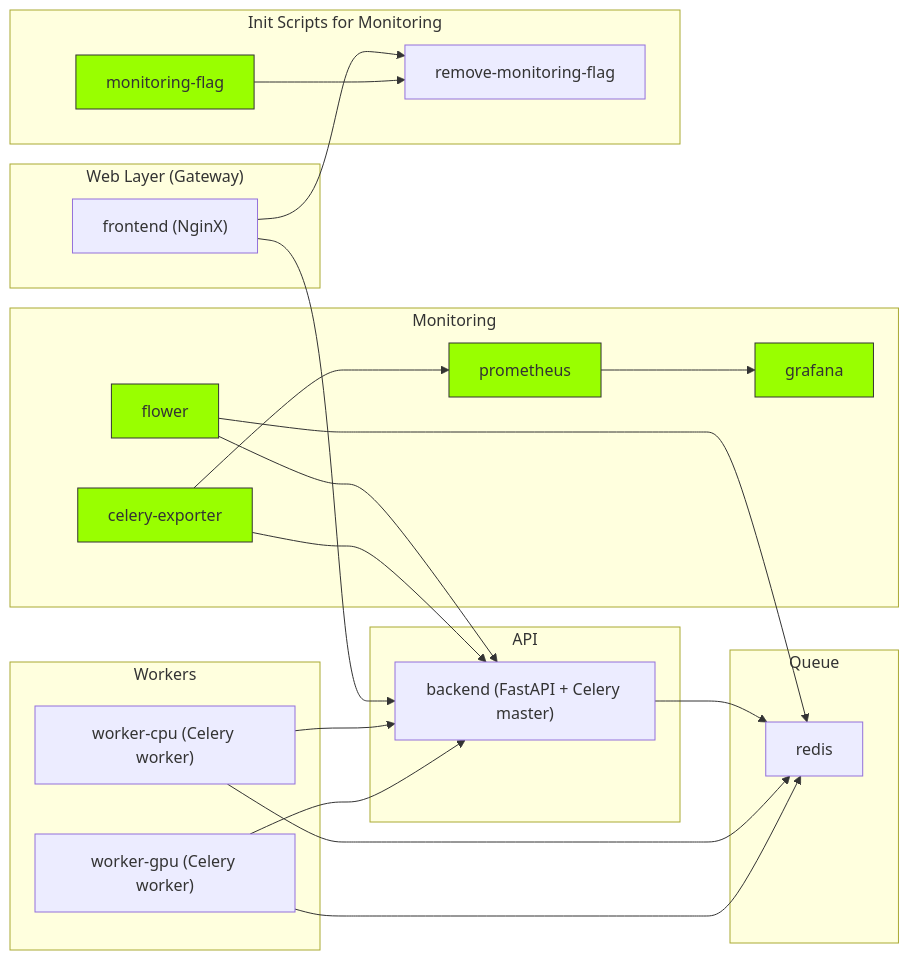
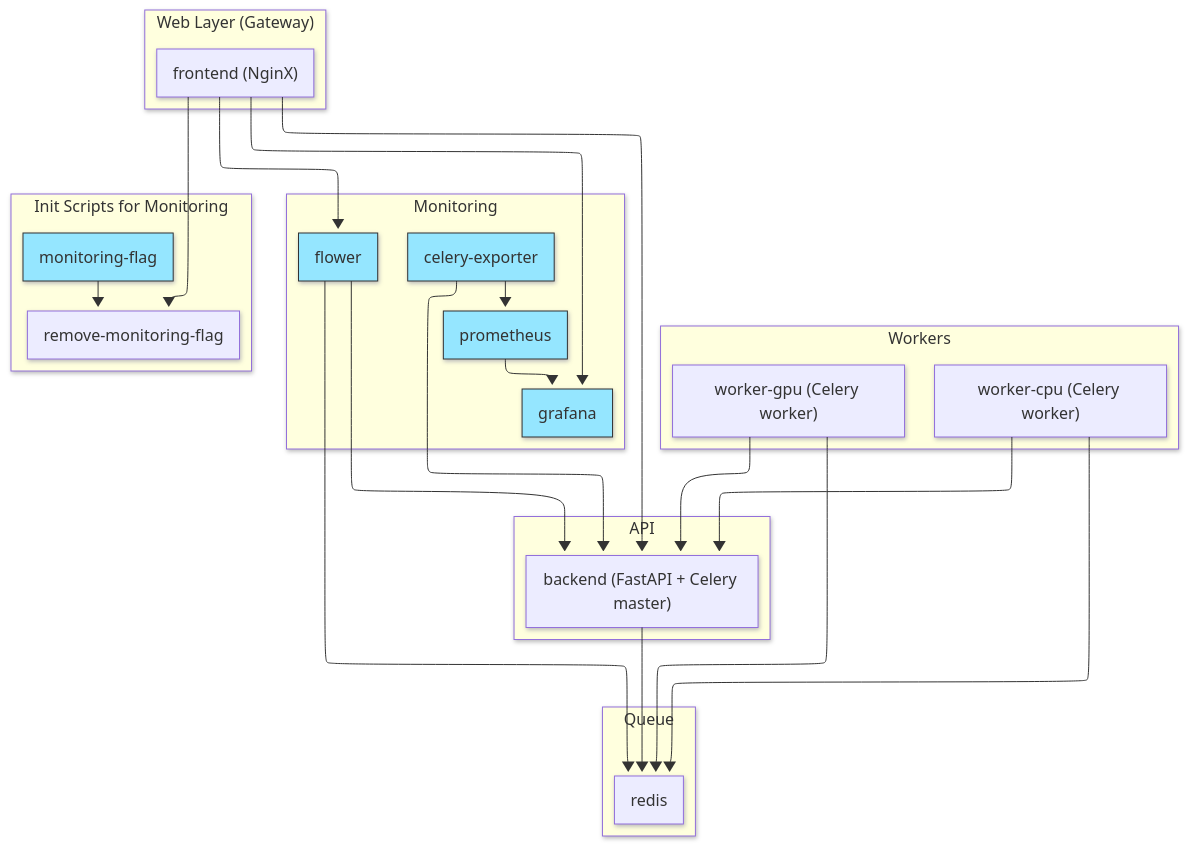
The diagram in code/architecture.mmd (luk27official/master-thesis), drawn with Mermaid before and after one commit. The commit also changed 4 other files, not shown here.

```diff
--- a/code/architecture.mmd
+++ b/code/architecture.mmd
@@ -1,48 +1,52 @@
-graph LR
-    subgraph "Web Layer (Gateway)"
+---
+config:
+    look: neo
+    layout: elk
+    theme: mc
+---
+flowchart TD
+    subgraph gateway["Web Layer (Gateway)"]
         FE["frontend (NginX)"]
     end
 
-    subgraph API
+    subgraph API["API"]
         BE["backend (FastAPI + Celery master)"]
     end
 
-    subgraph Workers
+    subgraph Workers["Workers"]
         CPU["worker-cpu (Celery worker)"]
         GPU["worker-gpu (Celery worker)"]
     end
 
-    subgraph Queue
-        REDIS[redis]
+    subgraph Queue["Queue"]
+        REDIS["redis"]
     end
 
-    subgraph Monitoring
-        FLOWER[flower]
-        CELX[celery-exporter]
-        PROM[prometheus]
-        GRAFANA[grafana]
+    subgraph Monitoring["Monitoring"]
+        FLOWER["flower"]
+        CELX["celery-exporter"]
+        PROM["prometheus"]
+        GRAFANA["grafana"]
     end
 
-    subgraph "Init Scripts for Monitoring"
-        RMF[remove-monitoring-flag]
-        MONF[monitoring-flag]
+    subgraph initscripts["Init Scripts for Monitoring"]
+        RMF["remove-monitoring-flag"]
+        MONF["monitoring-flag"]
     end
 
-    FE --> BE
-    FE --> RMF
+    FE --> BE & RMF & GRAFANA & FLOWER
     BE --> REDIS
-    CPU --> REDIS
-    CPU --> BE
-    GPU --> REDIS
-    GPU --> BE
-    FLOWER --> REDIS
-    FLOWER --> BE
-
-    CELX --> PROM
-    CELX --> BE
+    CPU --> REDIS & BE
+    GPU --> REDIS & BE
+    FLOWER --> REDIS & BE
+    CELX --> PROM & BE
     PROM --> GRAFANA
-
     MONF --> RMF
 
-    classDef optional fill:#99ff00,stroke:#333,stroke-width:1px,color:#333;
-    class FLOWER,CELX,PROM,GRAFANA,MONF optional
+    FLOWER:::optional
+    CELX:::optional
+    PROM:::optional
+    GRAFANA:::optional
+    MONF:::optional
+
+    classDef optional fill:#95e6ff,stroke:#333,stroke-width:1px,color:#333
```
